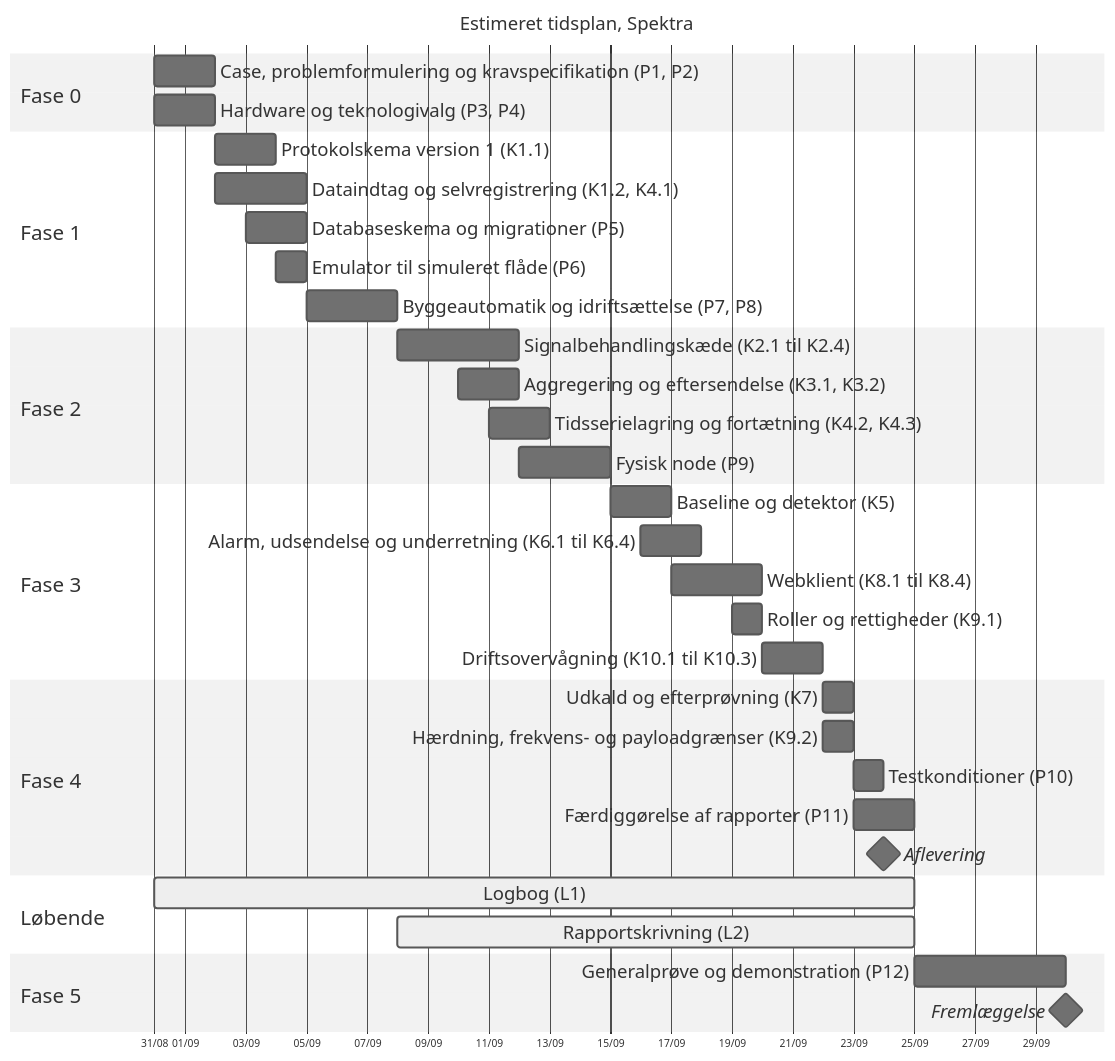
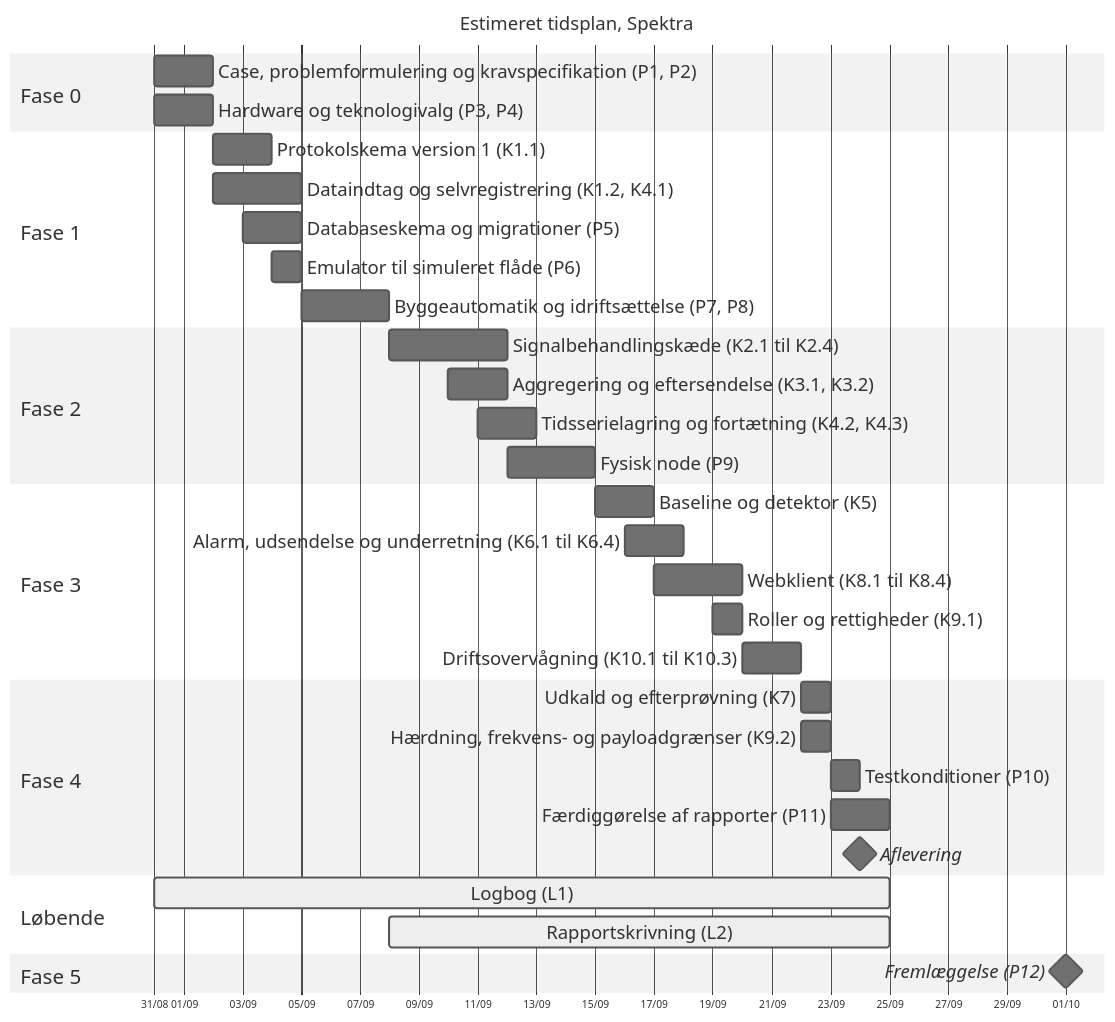
Before and after one commit to BastianAsmussen/Spektra: the diagram in docs/figures/tidsplan.mmd, drawn with Mermaid (neutral theme). The commit also changed 9 other files, not shown here.

Commit message:
docs: figurer og diagrammer (L2)

```diff
--- a/docs/figures/tidsplan.mmd
+++ b/docs/figures/tidsplan.mmd
@@ -1,54 +1,53 @@
 ---
 config:
   gantt:
     fontSize: 18
     sectionFontSize: 20
     barHeight: 30
     barGap: 8
     leftPadding: 140
     gridLineStartPadding: 40
 ---
 gantt
     title Estimeret tidsplan, Spektra
     dateFormat YYYY-MM-DD
     axisFormat %d/%m
     todayMarker off
 
     section Fase 0
     Case, problemformulering og kravspecifikation (P1, P2)   :f0a, 2026-08-31, 2d
     Hardware og teknologivalg (P3, P4)                       :f0b, 2026-08-31, 2d
 
     section Fase 1
     Protokolskema version 1 (K1.1)                           :f1a, 2026-09-02, 2d
     Dataindtag og selvregistrering (K1.2, K4.1)              :f1b, 2026-09-02, 3d
     Databaseskema og migrationer (P5)                        :f1c, 2026-09-03, 2d
     Emulator til simuleret flåde (P6)                       :f1d, 2026-09-04, 1d
     Byggeautomatik og idriftsættelse (P7, P8)               :f1e, 2026-09-05, 3d
 
     section Fase 2
     Signalbehandlingskæde (K2.1 til K2.4)                   :f2a, 2026-09-08, 4d
     Aggregering og eftersendelse (K3.1, K3.2)                :f2b, 2026-09-10, 2d
     Tidsserielagring og fortætning (K4.2, K4.3)             :f2c, 2026-09-11, 2d
     Fysisk node (P9)                                         :f2d, 2026-09-12, 3d
 
     section Fase 3
     Baseline og detektor (K5)                                :f3a, 2026-09-15, 2d
     Alarm, udsendelse og underretning (K6.1 til K6.4)        :f3b, 2026-09-16, 2d
     Webklient (K8.1 til K8.4)                                :f3c, 2026-09-17, 3d
     Roller og rettigheder (K9.1)                             :f3d, 2026-09-19, 1d
     Driftsovervågning (K10.1 til K10.3)                     :f3e, 2026-09-20, 2d
 
     section Fase 4
     Udkald og efterprøvning (K7)                            :f4a, 2026-09-22, 1d
     Hærdning, frekvens- og payloadgrænser (K9.2)           :f4b, 2026-09-22, 1d
     Testkonditioner (P10)                                    :f4c, 2026-09-23, 1d
     Færdiggørelse af rapporter (P11)                       :f4d, 2026-09-23, 2d
     Aflevering                                               :milestone, m1, 2026-09-24, 0d
 
     section Løbende
     Logbog (L1)                                              :active, l1, 2026-08-31, 25d
     Rapportskrivning (L2)                                    :active, l2, 2026-09-08, 17d
 
     section Fase 5
-    Generalprøve og demonstration (P12)                     :f5a, 2026-09-25, 5d
-    Fremlæggelse                                            :milestone, m2, 2026-09-30, 0d
+    Fremlæggelse (P12)                          :milestone, m2, 2026-10-01, 0d
```
